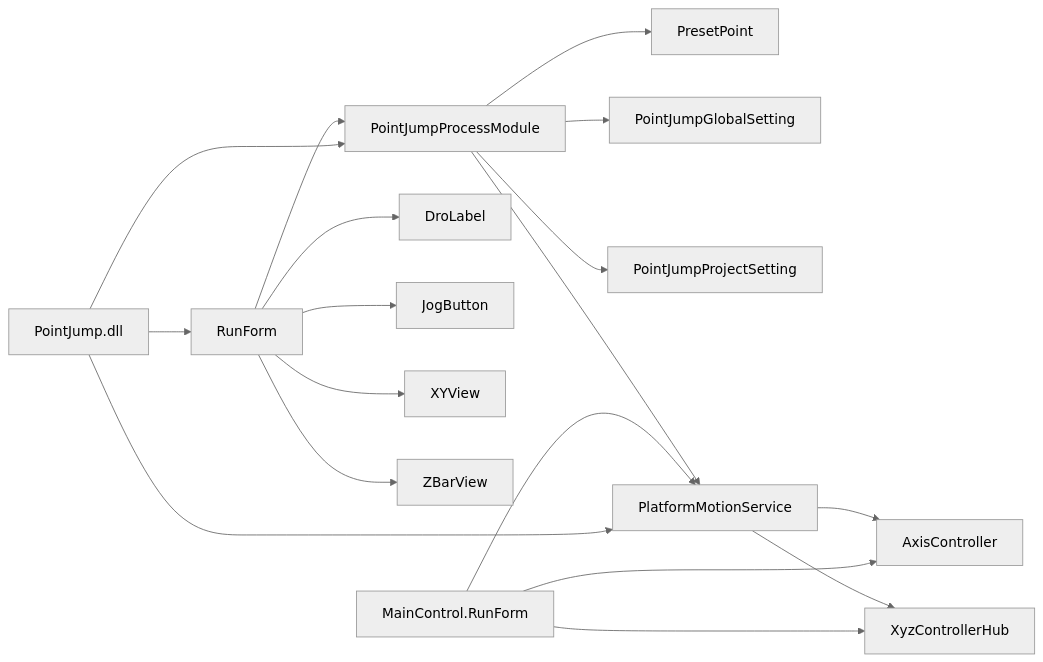
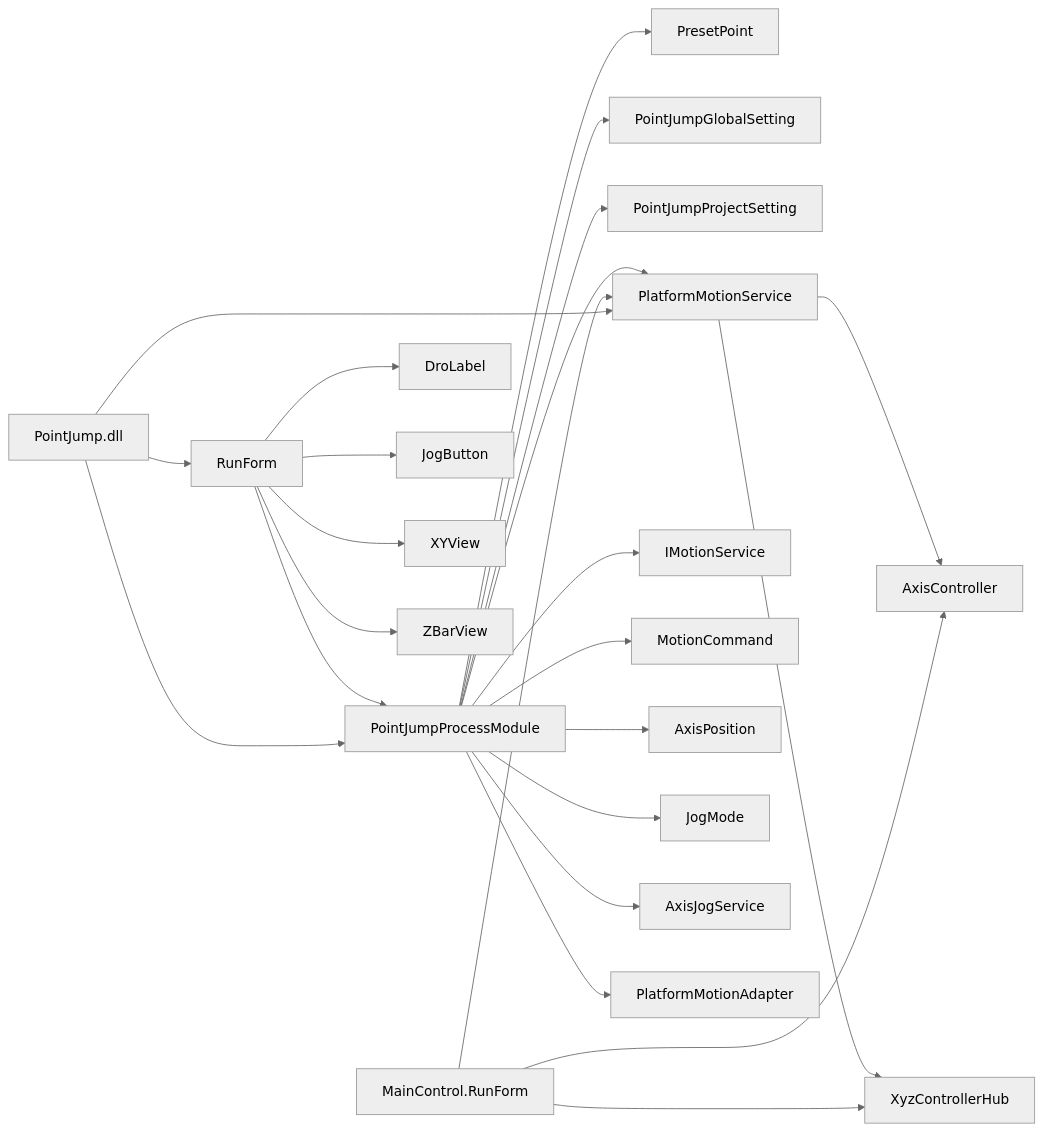
The fourth of 4 diagrams in .qoder/repowiki/zh/content/核心功能模块/点位跳转模块 (PointJump).md (fuweiq94-cloud/339918076), drawn with Mermaid (neutral theme) before and after one commit. The commit also changed other lines of this file and 84 other files, not shown here.

````diff
--- a/.qoder/repowiki/zh/content/核心功能模块/点位跳转模块 (PointJump).md
+++ b/.qoder/repowiki/zh/content/核心功能模块/点位跳转模块 (PointJump).md
@@ -310,20 +352,26 @@
 ```mermaid
 graph LR
 RF["RunForm"] --> PM["PointJumpProcessModule"]
 PM --> PP["PresetPoint"]
 PM --> PGS["PointJumpGlobalSetting"]
 PM --> PPS["PointJumpProjectSetting"]
 PM --> PMS["PlatformMotionService"]
 PMS --> AC["AxisController"]
 PMS --> XHUB["XyzControllerHub"]
+PM --> IMC["IMotionService"]
+PM --> MC["MotionCommand"]
+PM --> AXPOS["AxisPosition"]
+PM --> JOG["JogMode"]
+PM --> AJOG["AxisJogService"]
+PM --> PMA["PlatformMotionAdapter"]
 RF --> DRO["DroLabel"]
 RF --> JOGB["JogButton"]
 RF --> XYV["XYView"]
 RF --> ZBAR["ZBarView"]
 MCRF["MainControl.RunForm"] --> PMS
 MCRF --> AC
 MCRF --> XHUB
 PJPROJ["PointJump.dll"] --> RF
 PJPROJ --> PM
 PJPROJ --> PMS
 ```
````
